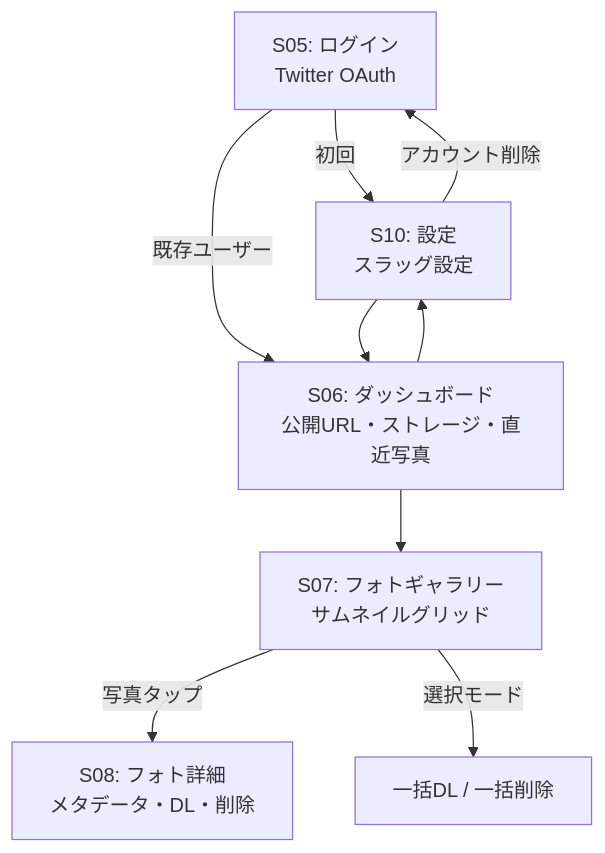
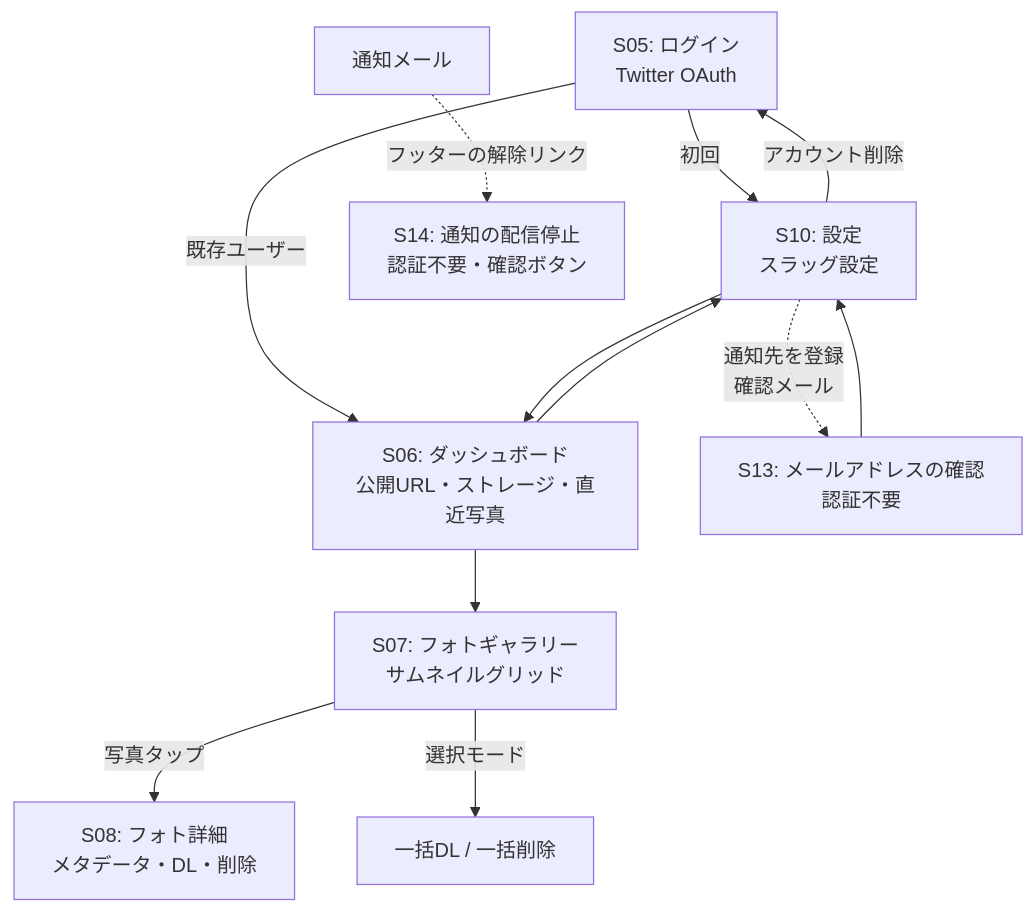
Before and after one commit to kuu13580/furdrop: the second of 3 diagrams in docs/screen-flow.md, drawn with Mermaid. The commit also changed other lines of this file and 55 other files, not shown here.

````diff
--- a/docs/screen-flow.md
+++ b/docs/screen-flow.md
@@ -64,11 +66,14 @@
 ```mermaid
 flowchart TD
     S05[S05: ログイン<br/>Twitter OAuth] -->|初回| S10[S10: 設定<br/>スラッグ設定]
     S05 -->|既存ユーザー| S06[S06: ダッシュボード<br/>公開URL・ストレージ・直近写真]
     S10 --> S06
     S06 --> S07[S07: フォトギャラリー<br/>サムネイルグリッド]
     S06 --> S10
     S07 -->|写真タップ| S08[S08: フォト詳細<br/>メタデータ・DL・削除]
     S07 -->|選択モード| BATCH[一括DL / 一括削除]
     S10 -->|アカウント削除| S05
+    S10 -.->|通知先を登録<br/>確認メール| S13[S13: メールアドレスの確認<br/>認証不要]
+    S13 --> S10
+    MAIL[通知メール] -.->|フッターの解除リンク| S14[S14: 通知の配信停止<br/>認証不要・確認ボタン]
 ```
````
